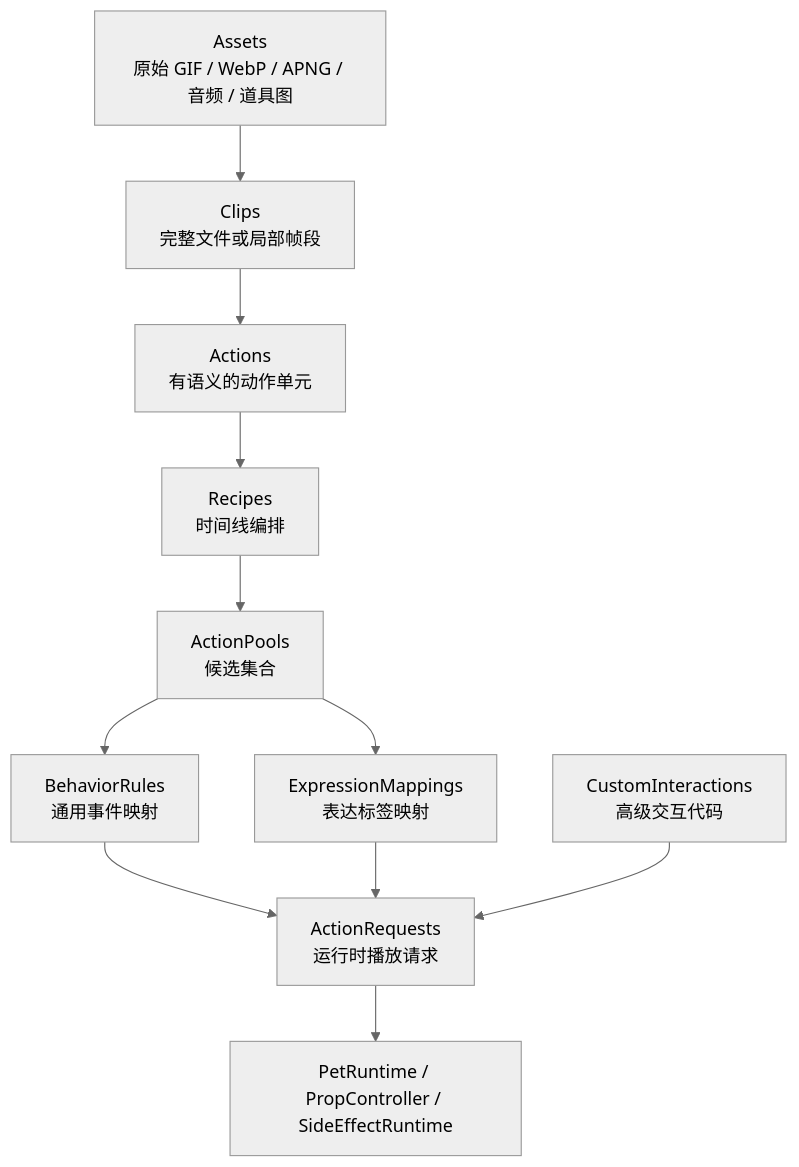
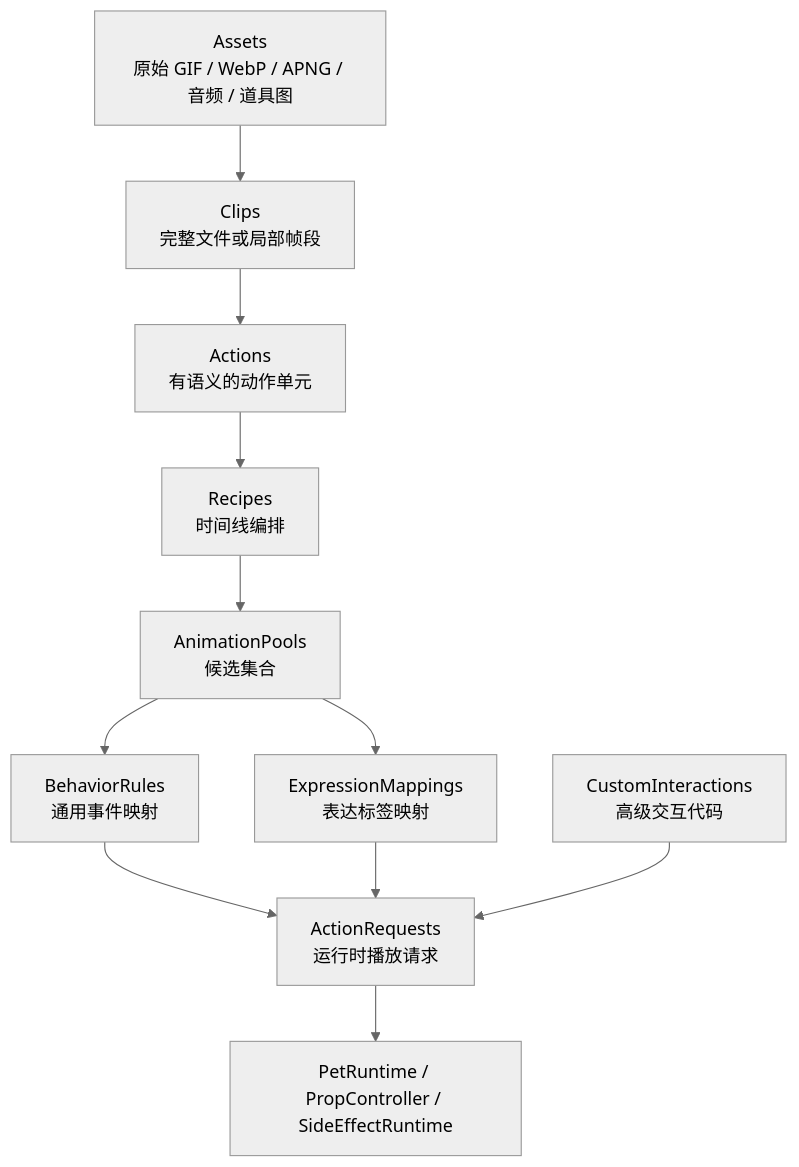
The first of 5 diagrams in docs/v2/设计方案/皮肤包播放行为设计.md (tiantian180/MilesEdgeworth), drawn with Mermaid (neutral theme) before and after one commit. The commit also changed other lines of this file and 7 other files, not shown here.

````diff
--- a/docs/v2/设计方案/皮肤包播放行为设计.md
+++ b/docs/v2/设计方案/皮肤包播放行为设计.md
@@ -43,21 +41,21 @@
 ```mermaid
 flowchart TD
     A["Assets<br/>原始 GIF / WebP / APNG / 音频 / 道具图"]
     C["Clips<br/>完整文件或局部帧段"]
     AC["Actions<br/>有语义的动作单元"]
     R["Recipes<br/>时间线编排"]
-    P["ActionPools<br/>候选集合"]
+    P["AnimationPools<br/>候选集合"]
     B["BehaviorRules<br/>通用事件映射"]
     E["ExpressionMappings<br/>表达标签映射"]
     I["CustomInteractions<br/>高级交互代码"]
     Q["ActionRequests<br/>运行时播放请求"]
     RT["PetRuntime / PropController / SideEffectRuntime"]
 
     A --> C --> AC --> R --> P
     P --> B
     P --> E
     B --> Q
     E --> Q
     I --> Q
     Q --> RT
 ```
````
